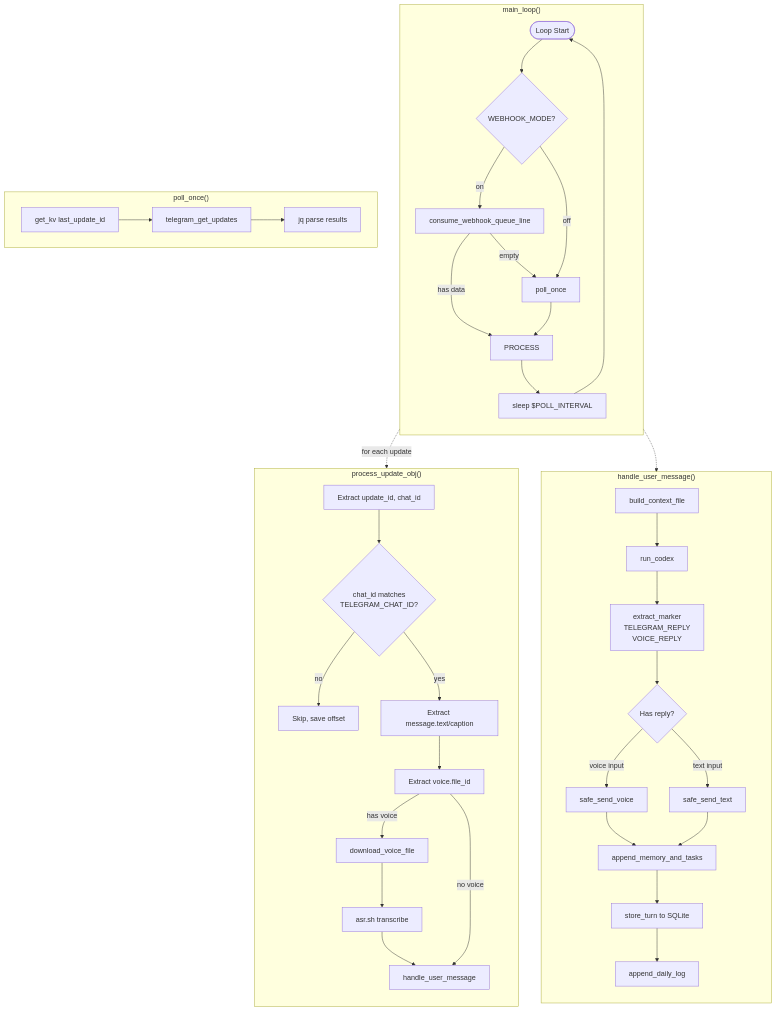
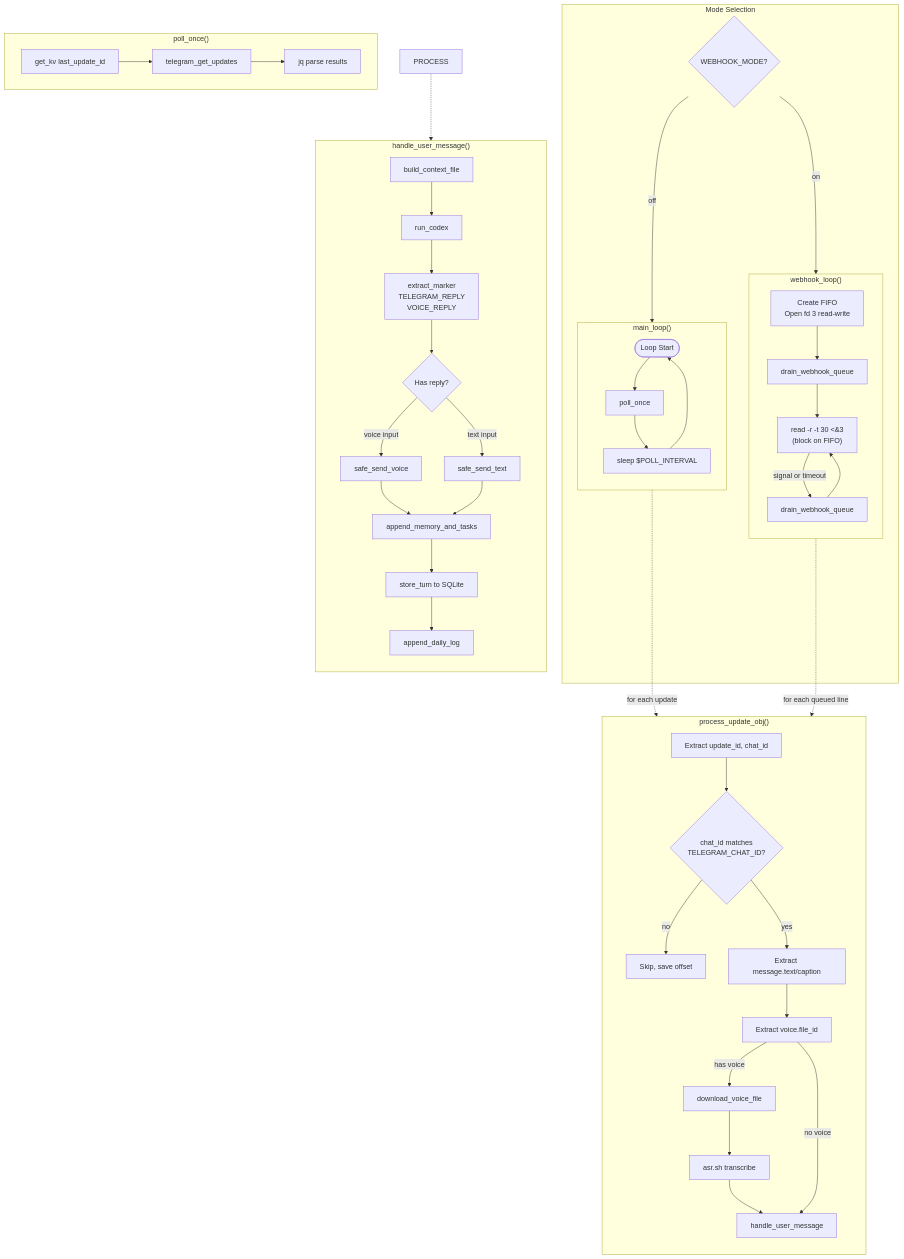
Before and after one commit to lsj5031/ShellClaw: the first of 9 diagrams in README.md, drawn with Mermaid. The commit also changed other lines of this file and 8 other files, not shown here.

First line of the commit message:
feat: webhook-native mode with cloudflared tunnel

````diff
--- a/README.md
+++ b/README.md
@@ -9,67 +9,76 @@
 ```mermaid
 flowchart TB
+    subgraph mode_select["Mode Selection"]
+        CHECK{WEBHOOK_MODE?}
+        CHECK -->|"on"| webhook_loop
+        CHECK -->|"off"| main_loop
+    end
+
+    subgraph webhook_loop["webhook_loop()"]
+        direction TB
+        FIFO_INIT[Create FIFO<br/>Open fd 3 read-write]
+        DRAIN1[drain_webhook_queue]
+        FIFO_WAIT["read -r -t 30 &lt;&amp;3<br/>(block on FIFO)"]
+        DRAIN2[drain_webhook_queue]
+        FIFO_INIT --> DRAIN1 --> FIFO_WAIT
+        FIFO_WAIT -->|"signal or timeout"| DRAIN2
+        DRAIN2 --> FIFO_WAIT
+    end
+
     subgraph main_loop["main_loop()"]
         direction TB
         START([Loop Start])
-        CHECK{WEBHOOK_MODE?}
-        WHQ[consume_webhook_queue_line]
         POLL[poll_once]
         SLEEP[sleep $POLL_INTERVAL]
-        START --> CHECK
-        CHECK -->|"on"| WHQ
-        CHECK -->|"off"| POLL
-        WHQ -->|has data| PROCESS
-        WHQ -->|empty| POLL
-        POLL --> PROCESS
-        PROCESS --> SLEEP
-        SLEEP --> START
+        START --> POLL --> SLEEP --> START
     end
 
     subgraph poll_once["poll_once()"]
         GETID[get_kv last_update_id]
         REQ[telegram_get_updates]
         PARSE[jq parse results]
         GETID --> REQ --> PARSE
     end
 
     subgraph process_update["process_update_obj()"]
         direction TB
         EXTRACT[Extract update_id, chat_id]
         CHECK_CHAT{chat_id matches<br/>TELEGRAM_CHAT_ID?}
         MSG_TEXT[Extract message.text/caption]
         VOICE_ID[Extract voice.file_id]
         DOWNLOAD[download_voice_file]
         ASR_CALL[asr.sh transcribe]
         HANDLE[handle_user_message]
         
         EXTRACT --> CHECK_CHAT
         CHECK_CHAT -->|"no"| SKIP[Skip, save offset]
         CHECK_CHAT -->|"yes"| MSG_TEXT
         MSG_TEXT --> VOICE_ID
         VOICE_ID -->|has voice| DOWNLOAD --> ASR_CALL --> HANDLE
         VOICE_ID -->|no voice| HANDLE
     end
 
     subgraph handle_user["handle_user_message()"]
         direction TB
         BUILD[build_context_file]
         RUN[run_codex]
         EXTRACT2[extract_marker<br/>TELEGRAM_REPLY<br/>VOICE_REPLY]
         CHECK_REPLY{Has reply?}
         SEND_TEXT[safe_send_text]
         SEND_VOICE[safe_send_voice]
         APPEND[append_memory_and_tasks]
         STORE[store_turn to SQLite]
         LOG[append_daily_log]
         
         BUILD --> RUN --> EXTRACT2 --> CHECK_REPLY
         CHECK_REPLY -->|voice input| SEND_VOICE
         CHECK_REPLY -->|text input| SEND_TEXT
         SEND_VOICE --> APPEND
         SEND_TEXT --> APPEND
         APPEND --> STORE --> LOG
     end
 
     POLL -.->|"for each update"| process_update
+    DRAIN2 -.->|"for each queued line"| process_update
     PROCESS -.-> handle_user
 ```
````
